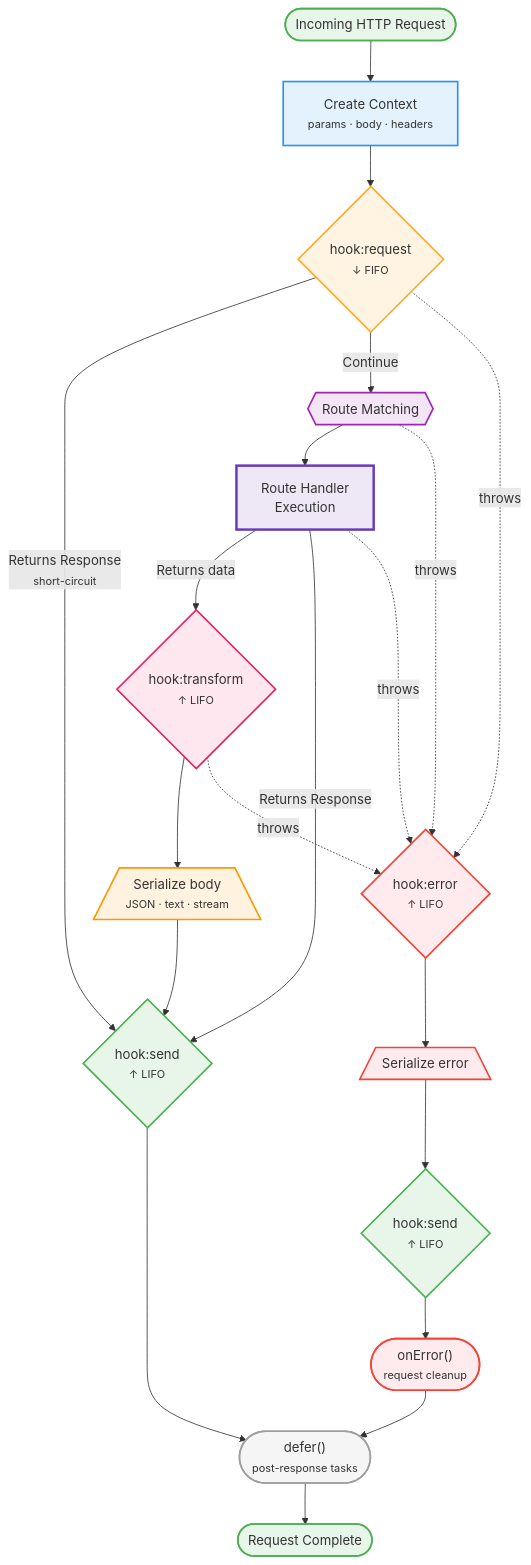
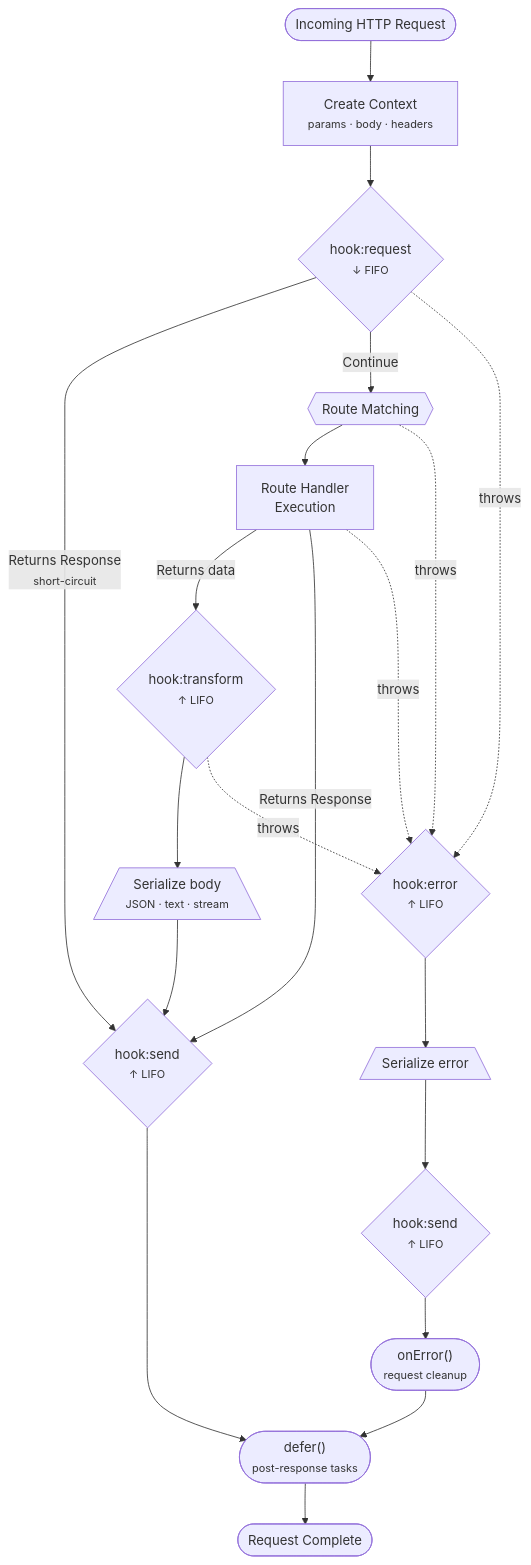
One commit to minima-js/minimajs changed the diagram in docs/core-concepts/diagrams/request-lifecycle.md. Above: the diagram before and after it, drawn with Mermaid. The commit also changed 19 other files, not shown here.

````diff
--- a/docs/core-concepts/diagrams/request-lifecycle.md
+++ b/docs/core-concepts/diagrams/request-lifecycle.md
@@ -1,62 +1,43 @@
 ```mermaid
 graph TD
     Start([Incoming HTTP Request])
     Start --> CreateCtx["Create Context<br/><small>params · body · headers</small>"]
 
     CreateCtx --> ReqHook{"hook:request<br/><small>↓ FIFO</small>"}
 
     ReqHook -->|Returns Response<br/><small>short-circuit</small>| SendHook
     ReqHook -->|Continue| RouteMatch{{"Route Matching"}}
 
     RouteMatch --> Handler["Route Handler<br/>Execution"]
 
     Handler -->|Returns data| Transform{"hook:transform<br/><small>↑ LIFO</small>"}
     Handler -->|Returns Response| SendHook
 
     Transform --> Serialize[/"Serialize body<br/><small>JSON · text · stream</small>"\]
 
     Serialize --> SendHook{"hook:send<br/><small>↑ LIFO</small>"}
 
     SendHook --> Defer(["defer()<br/><small>post-response tasks</small>"])
     Defer --> Complete([Request Complete])
 
     %% Error Flow
     ReqHook -.->|throws| ErrorHook
     RouteMatch -.->|throws| ErrorHook
     Handler -.->|throws| ErrorHook
     Transform -.->|throws| ErrorHook
 
     ErrorHook{"hook:error<br/><small>↑ LIFO</small>"}
         --> SerializeErr[/"Serialize error"\]
         --> ErrorSendHook{"hook:send<br/><small>↑ LIFO</small>"}
         --> OnError(["onError()<br/><small>request cleanup</small>"])
         --> Defer
 
-    %% Styling - Hooks (diamonds)
-    style ReqHook fill:#fff4e1,stroke:#ffa726,stroke-width:2px
-    style Transform fill:#ffe7f0,stroke:#e91e63,stroke-width:2px
-    style SendHook fill:#e8f5e9,stroke:#4caf50,stroke-width:2px
-    style ErrorHook fill:#ffebee,stroke:#f44336,stroke-width:2px
-    style ErrorSendHook fill:#e8f5e9,stroke:#4caf50,stroke-width:2px
-
-    %% Initialization & Context
-    style CreateCtx fill:#e3f2fd,stroke:#2196f3,stroke-width:2px
-
-    %% Routing & Matching
-    style RouteMatch fill:#f3e5f5,stroke:#9c27b0,stroke-width:2px
-
-    %% Main Processing
-    style Handler fill:#ede7f6,stroke:#673ab7,stroke-width:3px
-
-    %% Data Transformation (parallelograms)
-    style Serialize fill:#fff3e0,stroke:#ff9800,stroke-width:2px
-    style SerializeErr fill:#ffebee,stroke:#f44336,stroke-width:2px
-
-    %% Cleanup & Lifecycle (stadiums)
-    style Defer fill:#f5f5f5,stroke:#9e9e9e,stroke-width:2px
-    style OnError fill:#ffebee,stroke:#f44336,stroke-width:2px
-
-    %% Start/End
-    style Start fill:#e8f5e9,stroke:#4caf50,stroke-width:2px
-    style Complete fill:#e8f5e9,stroke:#4caf50,stroke-width:2px
+    class Start,Complete success
+    class CreateCtx info
+    class ReqHook,Transform accent
+    class RouteMatch,Handler neutral
+    class Serialize warn
+    class SendHook,Defer accent
+    class ErrorHook,SerializeErr,OnError danger
+    class ErrorSendHook warn
 ```
````
